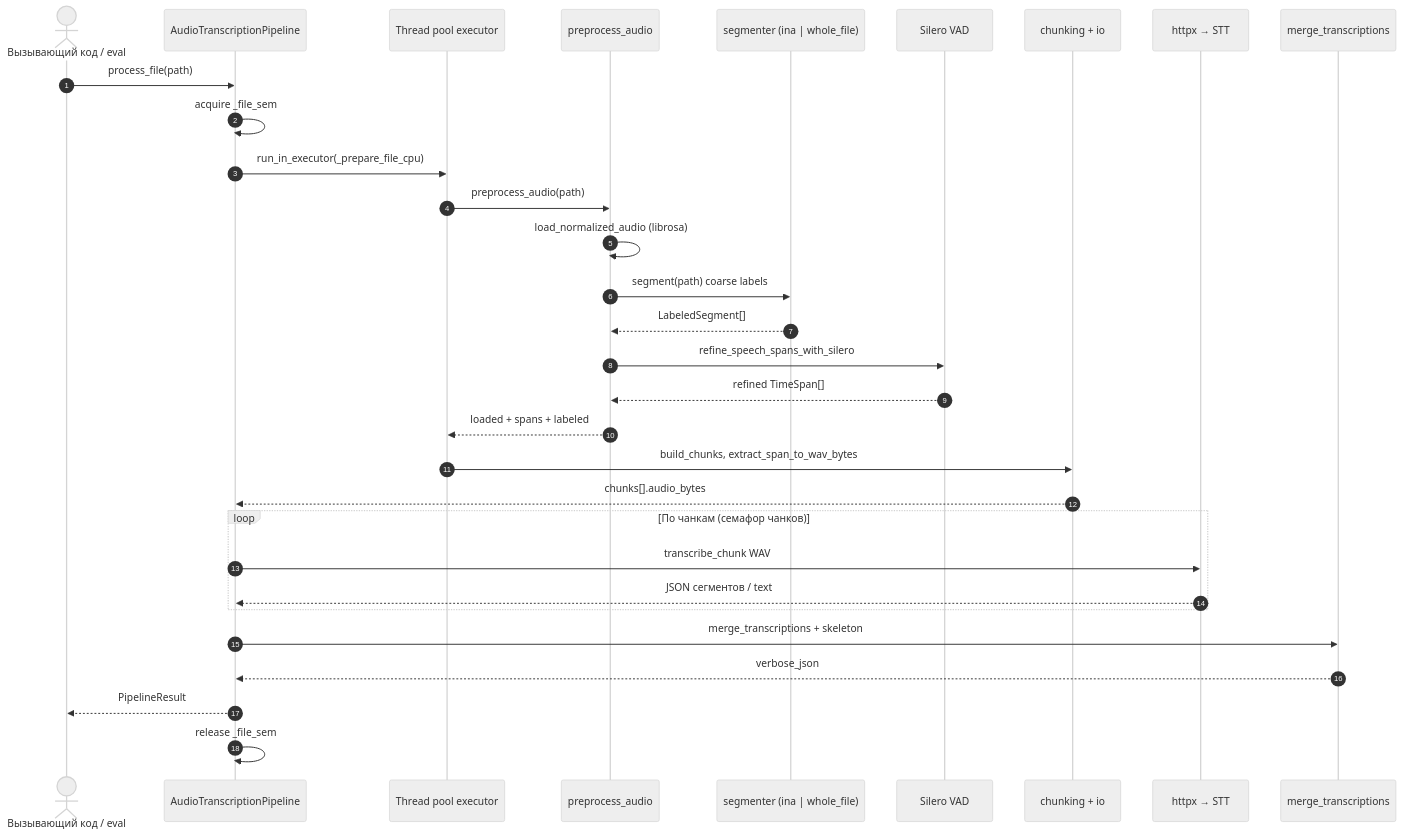
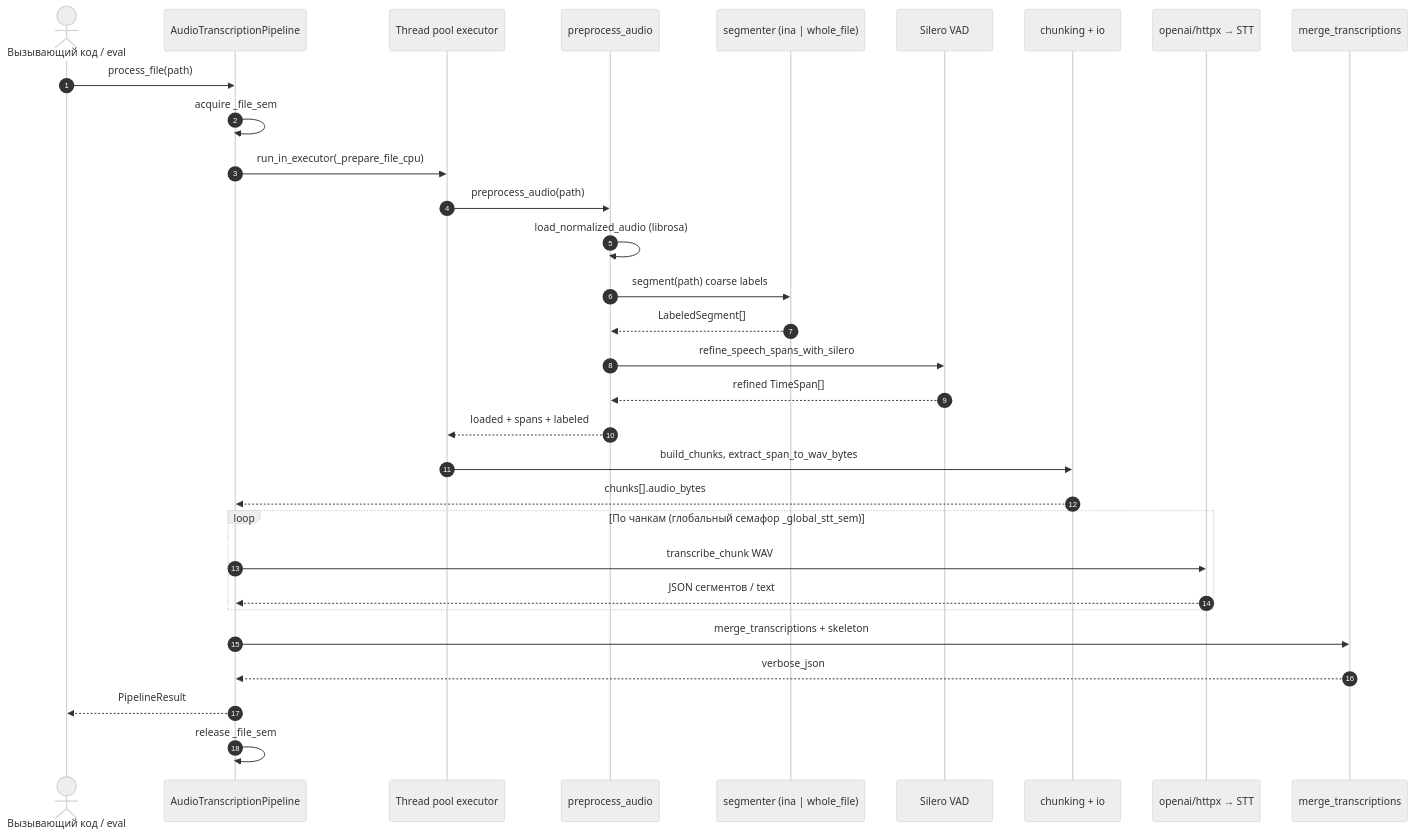
Before and after one commit to AdamCage/transcription_preprocessor_pipeline: the sixth of 7 diagrams in docs/ARCHITECTURE.md, drawn with Mermaid (neutral theme). The commit also changed other lines of this file and 14 other files, not shown here.

````diff
--- a/docs/ARCHITECTURE.md
+++ b/docs/ARCHITECTURE.md
@@ -123,34 +123,34 @@
 ```mermaid
 sequenceDiagram
     autonumber
     actor Caller as Вызывающий код / eval
     participant Pipe as AudioTranscriptionPipeline
     participant Exec as Thread pool executor
     participant Pre as preprocess_audio
     participant Seg as segmenter (ina | whole_file)
     participant VAD as Silero VAD
     participant Chunk as chunking + io
-    participant HTTP as httpx → STT
+    participant HTTP as openai/httpx → STT
     participant Merge as merge_transcriptions
 
     Caller->>Pipe: process_file(path)
     Pipe->>Pipe: acquire _file_sem
     Pipe->>Exec: run_in_executor(_prepare_file_cpu)
     Exec->>Pre: preprocess_audio(path)
     Pre->>Pre: load_normalized_audio (librosa)
     Pre->>Seg: segment(path) coarse labels
     Seg-->>Pre: LabeledSegment[]
     Pre->>VAD: refine_speech_spans_with_silero
     VAD-->>Pre: refined TimeSpan[]
     Pre-->>Exec: loaded + spans + labeled
     Exec->>Chunk: build_chunks, extract_span_to_wav_bytes
     Chunk-->>Pipe: chunks[].audio_bytes
-    loop По чанкам (семафор чанков)
+    loop По чанкам (глобальный семафор _global_stt_sem)
         Pipe->>HTTP: transcribe_chunk WAV
         HTTP-->>Pipe: JSON сегментов / text
     end
     Pipe->>Merge: merge_transcriptions + skeleton
     Merge-->>Pipe: verbose_json
     Pipe-->>Caller: PipelineResult
     Pipe->>Pipe: release _file_sem
 ```
````
